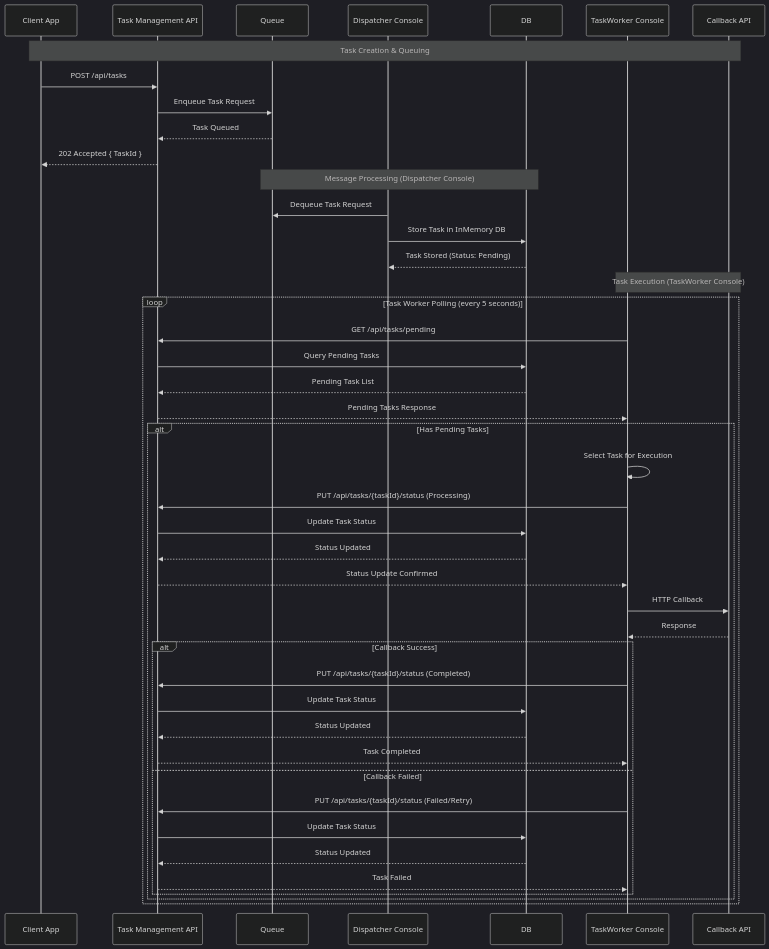
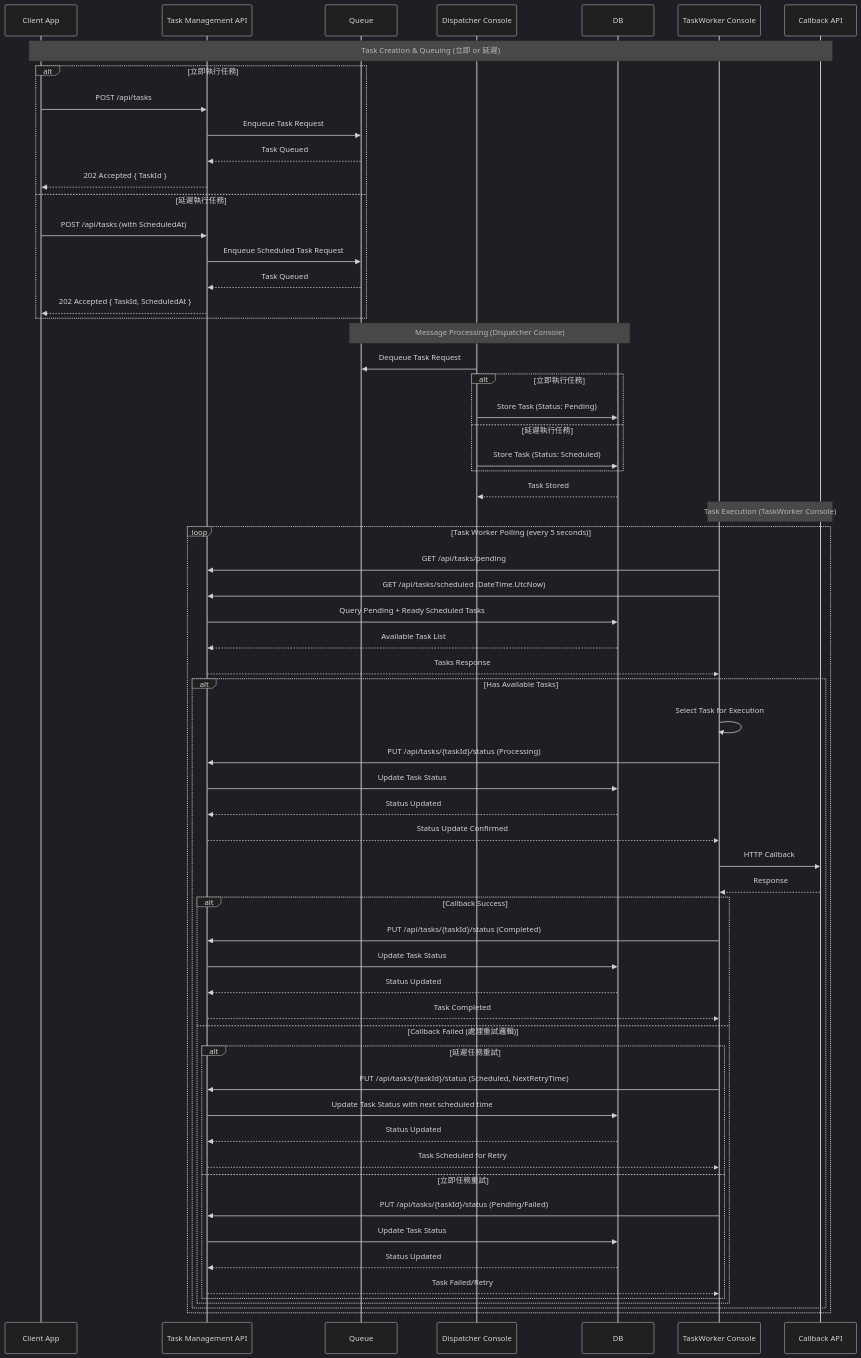
One commit to yaochangyu/eventbus-platform changed the third of 7 diagrams in .specs/design.md. Above: the diagram before and after it, drawn with Mermaid (dark theme). The commit also changed other lines of this file, not shown here.

````diff
--- a/.specs/design.md
+++ b/.specs/design.md
@@ -468,49 +514,68 @@
 ```mermaid
 sequenceDiagram
     participant Client as Client App
     participant API as Task Management API
     participant Queue as Queue
     participant Dispatcher as Dispatcher Console
     participant DB as DB
     participant Worker as TaskWorker Console
     participant External as Callback API
 
-    Note over Client,External: Task Creation & Queuing
-    Client->>API: POST /api/tasks
-    API->>Queue: Enqueue Task Request
-    Queue-->>API: Task Queued
-    API-->>Client: 202 Accepted { TaskId }
+    Note over Client,External: Task Creation & Queuing (立即 or 延遲)
+    alt 立即執行任務
+        Client->>API: POST /api/tasks
+        API->>Queue: Enqueue Task Request
+        Queue-->>API: Task Queued
+        API-->>Client: 202 Accepted { TaskId }
+    else 延遲執行任務
+        Client->>API: POST /api/tasks (with ScheduledAt)
+        API->>Queue: Enqueue Scheduled Task Request
+        Queue-->>API: Task Queued
+        API-->>Client: 202 Accepted { TaskId, ScheduledAt }
+    end
 
     Note over Queue,DB: Message Processing (Dispatcher Console)
     Dispatcher->>Queue: Dequeue Task Request
-    Dispatcher->>DB: Store Task in InMemory DB
-    DB-->>Dispatcher: Task Stored (Status: Pending)
+    alt 立即執行任務
+        Dispatcher->>DB: Store Task (Status: Pending)
+    else 延遲執行任務
+        Dispatcher->>DB: Store Task (Status: Scheduled)
+    end
+    DB-->>Dispatcher: Task Stored
 
     Note over Worker,External: Task Execution (TaskWorker Console)
     loop Task Worker Polling (every 5 seconds)
         Worker->>API: GET /api/tasks/pending
-        API->>DB: Query Pending Tasks
-        DB-->>API: Pending Task List
-        API-->>Worker: Pending Tasks Response
-        alt Has Pending Tasks
+        Worker->>API: GET /api/tasks/scheduled (DateTime.UtcNow)
+        API->>DB: Query Pending + Ready Scheduled Tasks
+        DB-->>API: Available Task List
+        API-->>Worker: Tasks Response
+        alt Has Available Tasks
             Worker->>Worker: Select Task for Execution
             Worker->>API: PUT /api/tasks/{taskId}/status (Processing)
             API->>DB: Update Task Status
             DB-->>API: Status Updated
             API-->>Worker: Status Update Confirmed
             Worker->>External: HTTP Callback
             External-->>Worker: Response
             alt Callback Success
                 Worker->>API: PUT /api/tasks/{taskId}/status (Completed)
                 API->>DB: Update Task Status
                 DB-->>API: Status Updated
                 API-->>Worker: Task Completed
-            else Callback Failed
-                Worker->>API: PUT /api/tasks/{taskId}/status (Failed/Retry)
-                API->>DB: Update Task Status
-                DB-->>API: Status Updated
-                API-->>Worker: Task Failed
+            else Callback Failed (處理重試邏輯)
+                alt 延遲任務重試
+                    Worker->>API: PUT /api/tasks/{taskId}/status (Scheduled, NextRetryTime)
+                    API->>DB: Update Task Status with next scheduled time
+                    DB-->>API: Status Updated
+                    API-->>Worker: Task Scheduled for Retry
+                else 立即任務重試
+                    Worker->>API: PUT /api/tasks/{taskId}/status (Pending/Failed)
+                    API->>DB: Update Task Status
+                    DB-->>API: Status Updated
+                    API-->>Worker: Task Failed/Retry
+                end
             end
         end
     end
 ```
````
